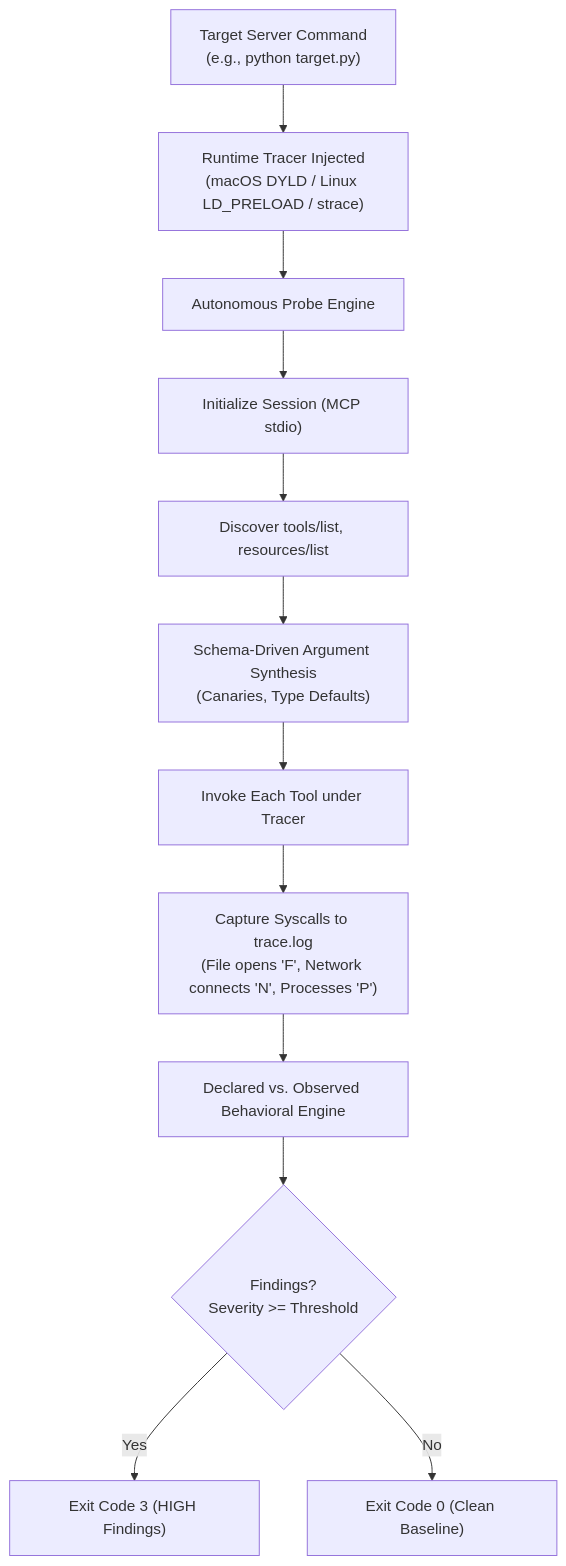
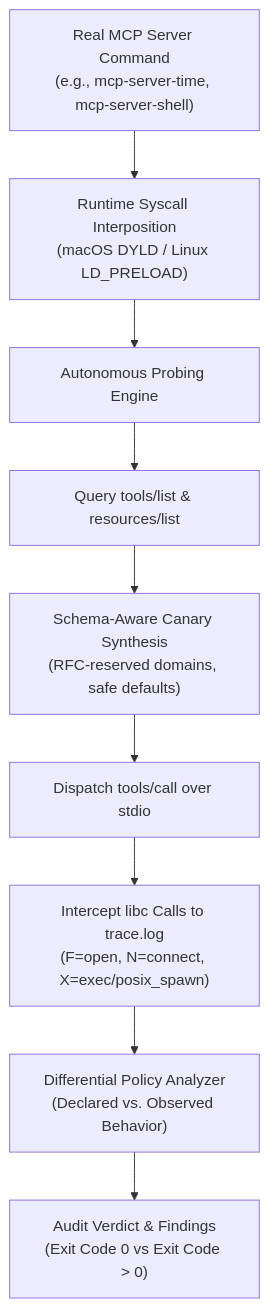
Before and after one commit to navid72m/vps-mcp: the diagram in docs/auditing-mcp-servers-with-mcp-behave.md, drawn with Mermaid. The commit also changed other lines of this file, not shown here.

Commit message:
docs: update mcp-behave audit article with real-world server experiments

````diff
--- a/docs/auditing-mcp-servers-with-mcp-behave.md
+++ b/docs/auditing-mcp-servers-with-mcp-behave.md
@@ -71,14 +82,11 @@
 ```mermaid
 flowchart TD
-    CMD["Target Server Command<br/>(e.g., python target.py)"] --> TRACER["Runtime Tracer Injected<br/>(macOS DYLD / Linux LD_PRELOAD / strace)"]
-    TRACER --> PROBE["Autonomous Probe Engine"]
-    PROBE --> INIT["Initialize Session (MCP stdio)"]
-    INIT --> LIST["Discover tools/list, resources/list"]
-    LIST --> SYNTH["Schema-Driven Argument Synthesis<br/>(Canaries, Type Defaults)"]
-    SYNTH --> EXERCISE["Invoke Each Tool under Tracer"]
-    EXERCISE --> CAPTURE["Capture Syscalls to trace.log<br/>(File opens 'F', Network connects 'N', Processes 'P')"]
-    CAPTURE --> DIFF["Declared vs. Observed Behavioral Engine"]
-    DIFF --> VERDICT{"Findings?<br/>Severity >= Threshold"}
-    VERDICT -- Yes --> FAIL["Exit Code 3 (HIGH Findings)"]
-    VERDICT -- No --> PASS["Exit Code 0 (Clean Baseline)"]
+    CMD["Real MCP Server Command<br/>(e.g., mcp-server-time, mcp-server-shell)"] --> INJECT["Runtime Syscall Interposition<br/>(macOS DYLD / Linux LD_PRELOAD)"]
+    INJECT --> ENGINE["Autonomous Probing Engine"]
+    ENGINE --> DISCOVER["Query tools/list & resources/list"]
+    DISCOVER --> SYNTH["Schema-Aware Canary Synthesis<br/>(RFC-reserved domains, safe defaults)"]
+    SYNTH --> EXERCISE["Dispatch tools/call over stdio"]
+    EXERCISE --> SINK["Intercept libc Calls to trace.log<br/>(F=open, N=connect, X=exec/posix_spawn)"]
+    SINK --> ANALYZE["Differential Policy Analyzer<br/>(Declared vs. Observed Behavior)"]
+    ANALYZE --> REPORT["Audit Verdict & Findings<br/>(Exit Code 0 vs Exit Code > 0)"]
 ```
````
